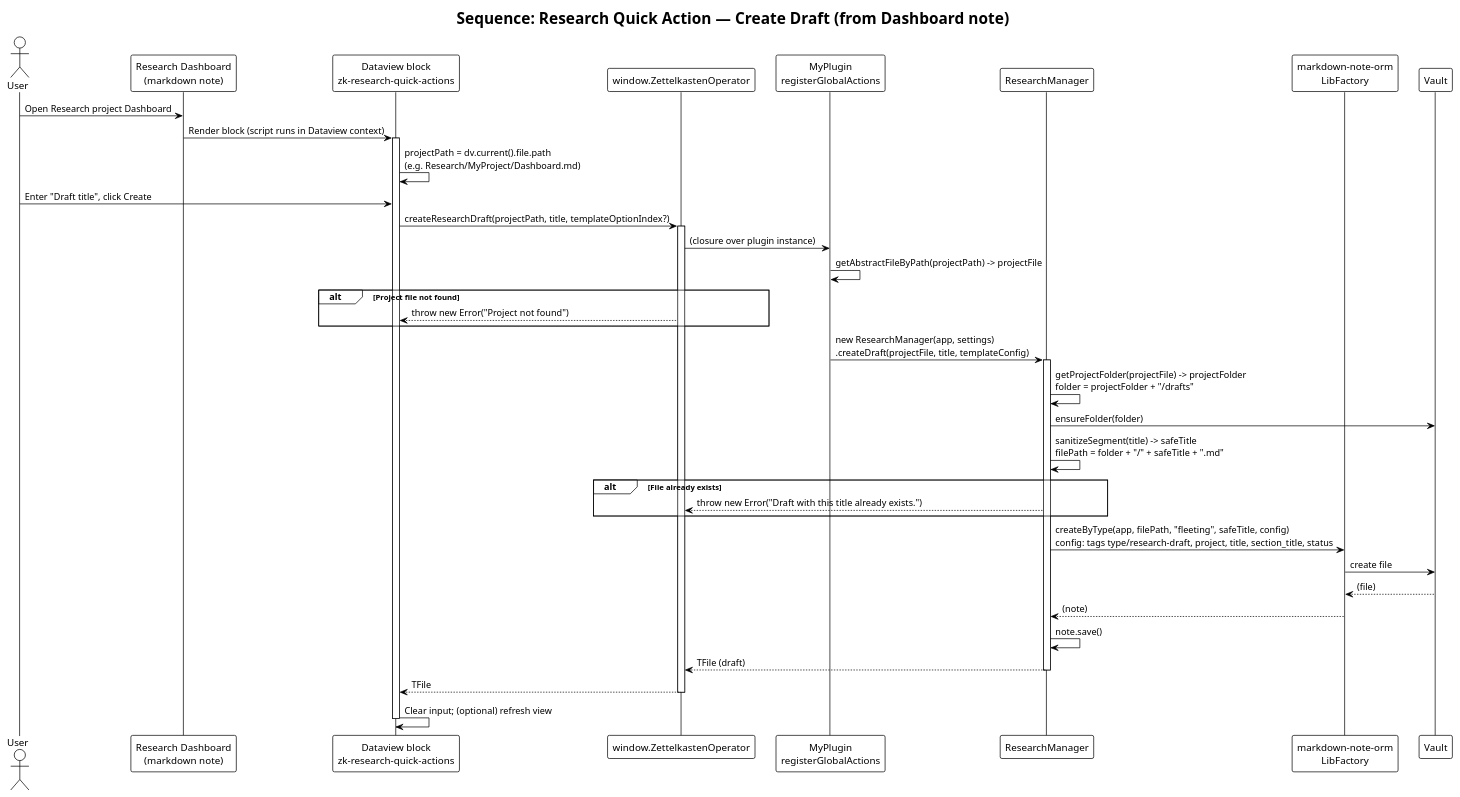
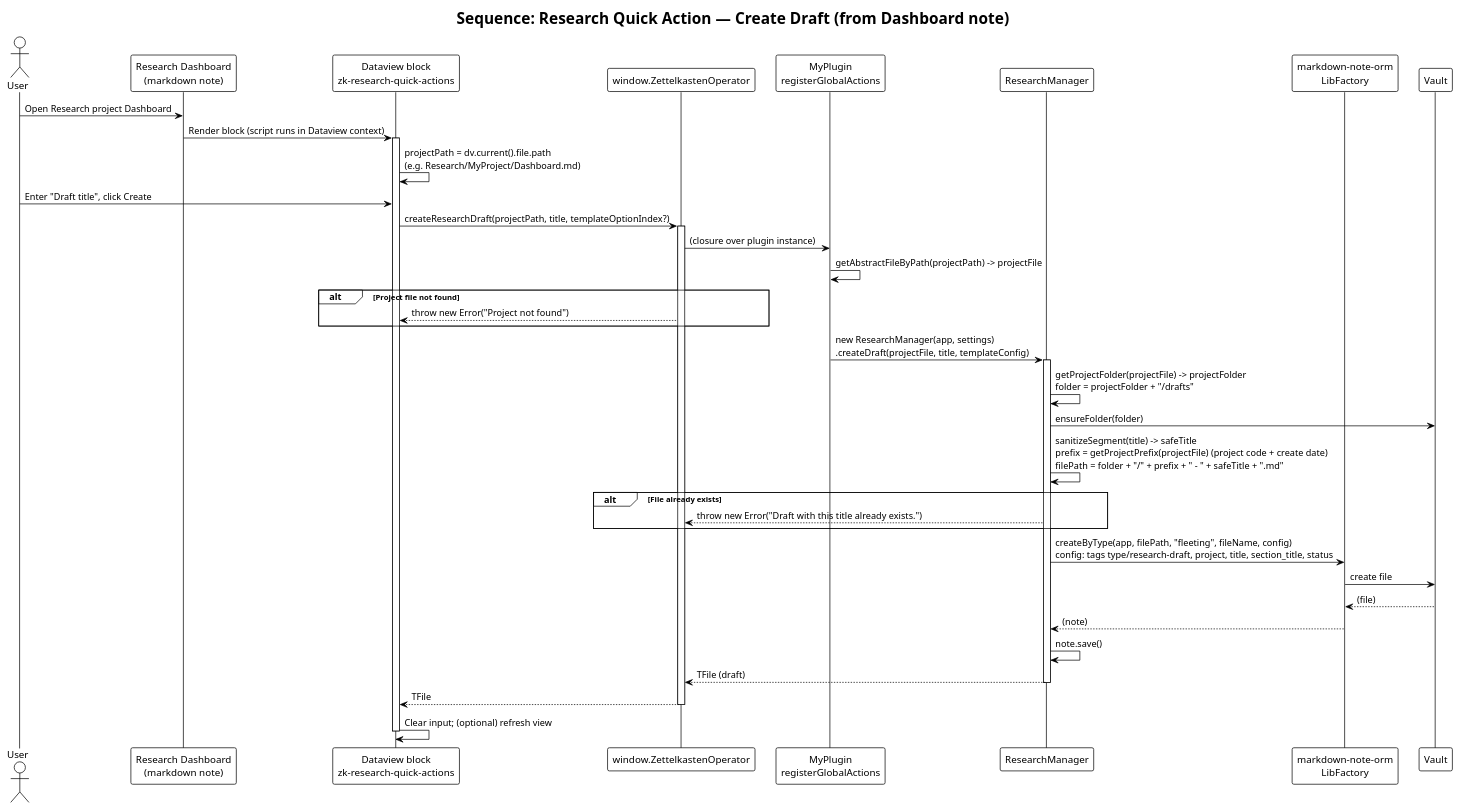
Before and after one commit to stone-home/Obsidian-Plugin-Zettelkasten-Note-Operator: the diagram in docs/diagrams/sequence-research-create.puml, drawn with PlantUML. The commit also changed 74 other files, not shown here.

```diff
--- a/docs/diagrams/sequence-research-create.puml
+++ b/docs/diagrams/sequence-research-create.puml
@@ -1,49 +1,49 @@
 @startuml sequence-research-create
 !theme plain
 title Sequence: Research Quick Action — Create Draft (from Dashboard note)
 
 actor User
 participant "Research Dashboard\n(markdown note)" as Note
 participant "Dataview block\nzk-research-quick-actions" as Block
 participant "window.ZettelkastenOperator" as API
 participant "MyPlugin\nregisterGlobalActions" as Plugin
 participant "ResearchManager" as RM
 participant "markdown-note-orm\nLibFactory" as Lib
 participant "Vault" as Vault
 
 User -> Note : Open Research project Dashboard
 Note -> Block : Render block (script runs in Dataview context)
 activate Block
 Block -> Block : projectPath = dv.current().file.path\n(e.g. Research/MyProject/Dashboard.md)
 User -> Block : Enter "Draft title", click Create
 Block -> API : createResearchDraft(projectPath, title, templateOptionIndex?)
 
 activate API
 API -> Plugin : (closure over plugin instance)
 Plugin -> Plugin : getAbstractFileByPath(projectPath) -> projectFile
 alt Project file not found
   API --> Block : throw new Error("Project not found")
 end
 Plugin -> RM : new ResearchManager(app, settings)\n.createDraft(projectFile, title, templateConfig)
 activate RM
 
 RM -> RM : getProjectFolder(projectFile) -> projectFolder\nfolder = projectFolder + "/drafts"
 RM -> Vault : ensureFolder(folder)
-RM -> RM : sanitizeSegment(title) -> safeTitle\nfilePath = folder + "/" + safeTitle + ".md"
+RM -> RM : sanitizeSegment(title) -> safeTitle\nprefix = getProjectPrefix(projectFile) (project code + create date)\nfilePath = folder + "/" + prefix + " - " + safeTitle + ".md"
 alt File already exists
   RM --> API : throw new Error("Draft with this title already exists.")
 end
-RM -> Lib : createByType(app, filePath, "fleeting", safeTitle, config)\nconfig: tags type/research-draft, project, title, section_title, status
+RM -> Lib : createByType(app, filePath, "fleeting", fileName, config)\nconfig: tags type/research-draft, project, title, section_title, status
 Lib -> Vault : create file
 Vault --> Lib : (file)
 Lib --> RM : (note)
 RM -> RM : note.save()
 RM --> API : TFile (draft)
 deactivate RM
 API --> Block : TFile
 deactivate API
 
 Block -> Block : Clear input; (optional) refresh view
 deactivate Block
 
 @enduml
```
